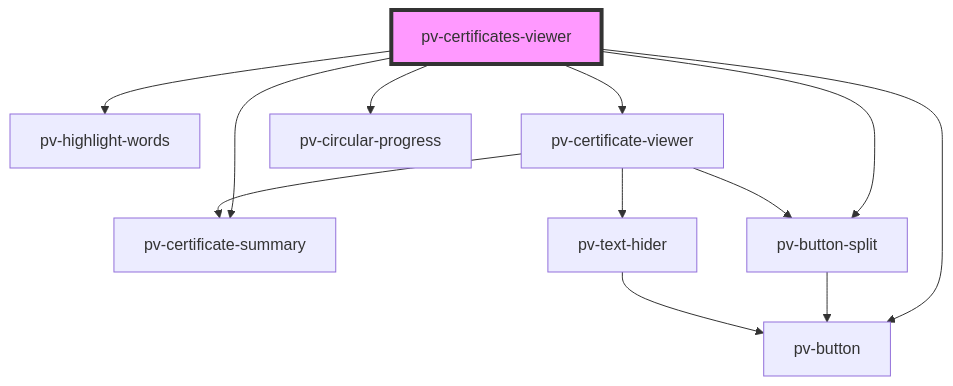
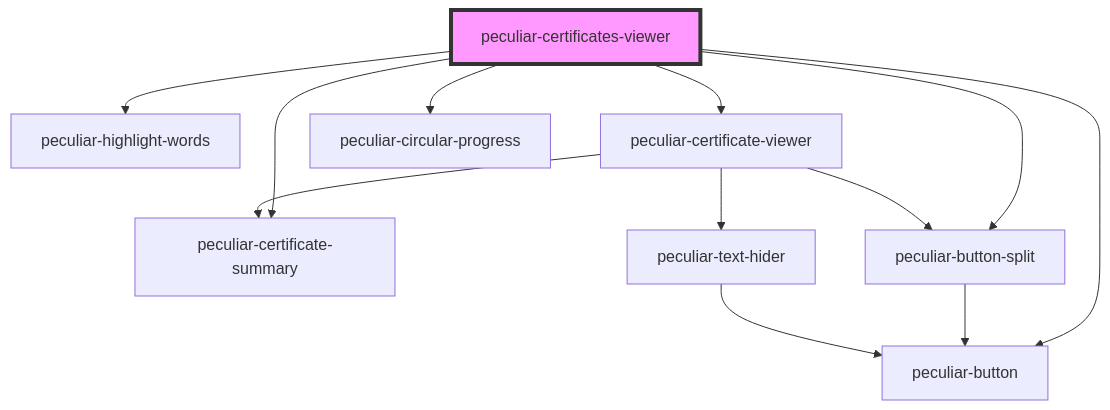
The diagram in src/components/certificates-viewer/readme.md (PeculiarVentures/pv-certificates-viewer), drawn with Mermaid before and after one commit. The commit also changed other lines of this file and 55 other files, not shown here.

````diff
--- a/src/components/certificates-viewer/readme.md
+++ b/src/components/certificates-viewer/readme.md
@@ -29,15 +29,15 @@
 ```mermaid
 graph TD;
-  pv-certificates-viewer --> pv-certificate-summary
-  pv-certificates-viewer --> pv-button
-  pv-certificates-viewer --> pv-highlight-words
-  pv-certificates-viewer --> pv-button-split
-  pv-certificates-viewer --> pv-certificate-viewer
-  pv-certificates-viewer --> pv-circular-progress
-  pv-button-split --> pv-button
-  pv-certificate-viewer --> pv-text-hider
-  pv-certificate-viewer --> pv-button-split
-  pv-certificate-viewer --> pv-certificate-summary
-  pv-text-hider --> pv-button
-  style pv-certificates-viewer fill:#f9f,stroke:#333,stroke-width:4px
+  peculiar-certificates-viewer --> peculiar-certificate-summary
+  peculiar-certificates-viewer --> peculiar-button
+  peculiar-certificates-viewer --> peculiar-highlight-words
+  peculiar-certificates-viewer --> peculiar-button-split
+  peculiar-certificates-viewer --> peculiar-certificate-viewer
+  peculiar-certificates-viewer --> peculiar-circular-progress
+  peculiar-button-split --> peculiar-button
+  peculiar-certificate-viewer --> peculiar-text-hider
+  peculiar-certificate-viewer --> peculiar-button-split
+  peculiar-certificate-viewer --> peculiar-certificate-summary
+  peculiar-text-hider --> peculiar-button
+  style peculiar-certificates-viewer fill:#f9f,stroke:#333,stroke-width:4px
 ```
````
